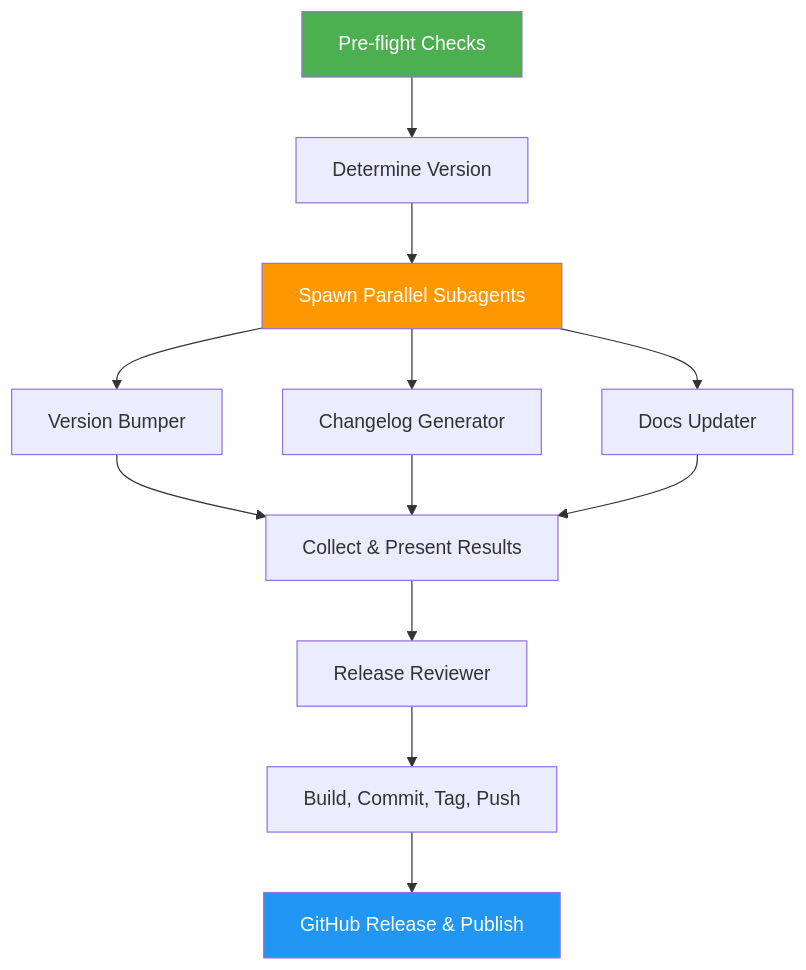
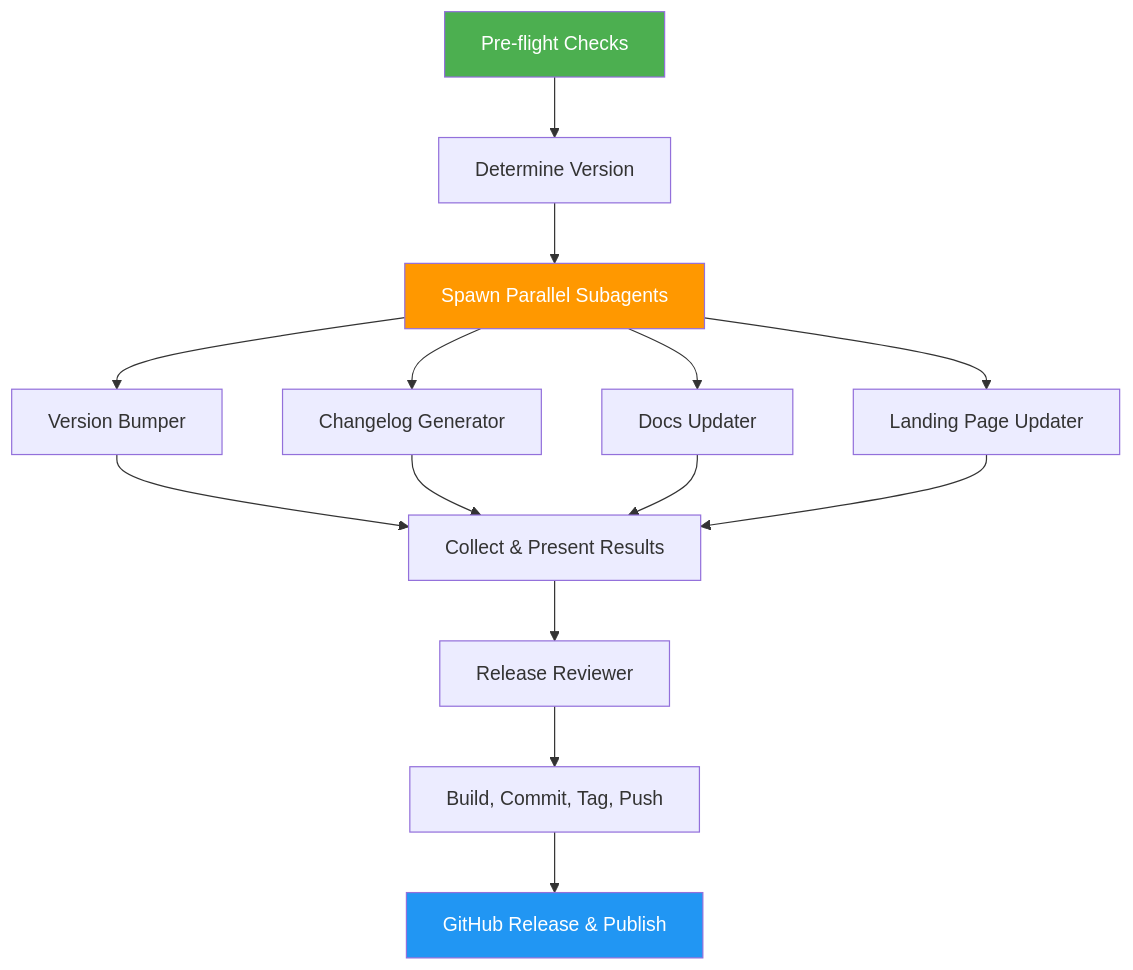
Before and after one commit to hongphuc5497/skills: the diagram in skills/release-manager/docs/README.md, drawn with Mermaid. The commit also changed other lines of this file and 14 other files, not shown here.

````diff
--- a/skills/release-manager/docs/README.md
+++ b/skills/release-manager/docs/README.md
@@ -40,17 +42,19 @@
 ```mermaid
 graph TD
     A["Pre-flight Checks"] --> B["Determine Version"]
     B --> C["Spawn Parallel Subagents"]
     C --> D["Version Bumper"]
     C --> E["Changelog Generator"]
     C --> F["Docs Updater"]
+    C --> K["Landing Page Updater"]
     D --> G["Collect & Present Results"]
     E --> G
     F --> G
+    K --> G
     G --> H["Release Reviewer"]
     H --> I["Build, Commit, Tag, Push"]
     I --> J["GitHub Release & Publish"]
     style A fill:#4CAF50,color:#fff
     style J fill:#2196F3,color:#fff
     style C fill:#FF9800,color:#fff
 ```
````
